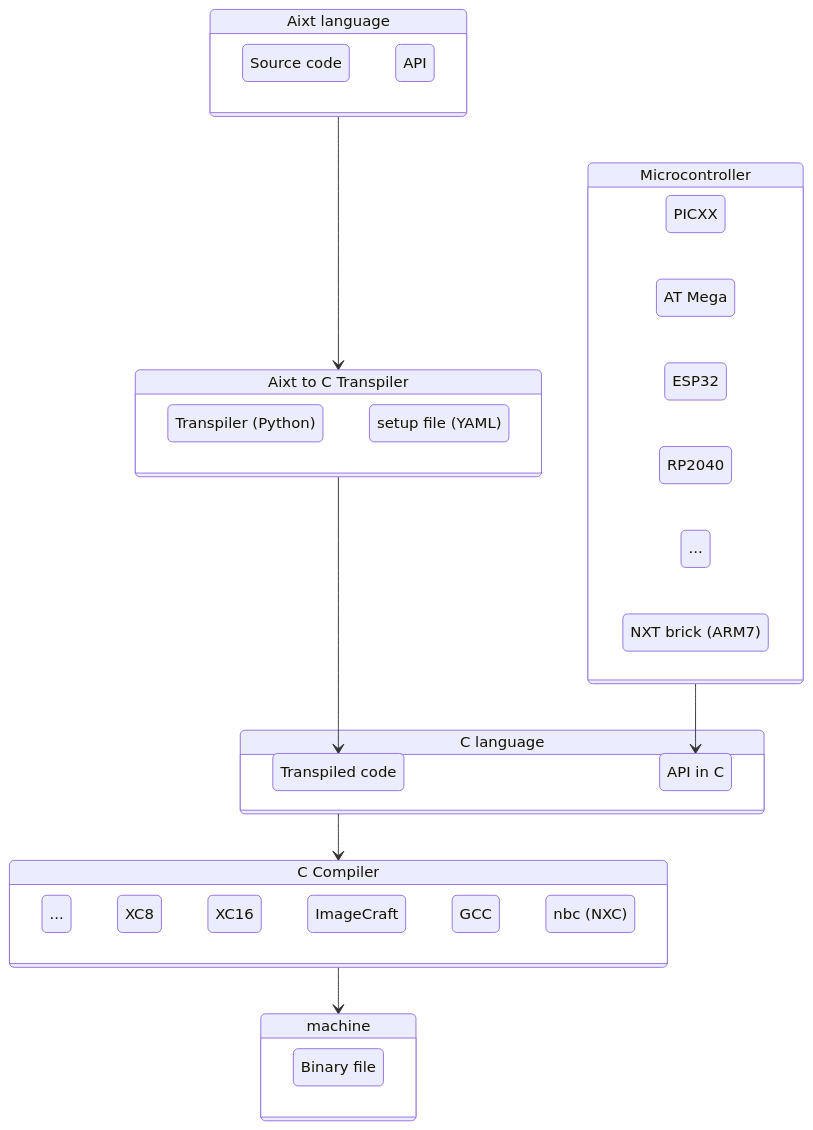
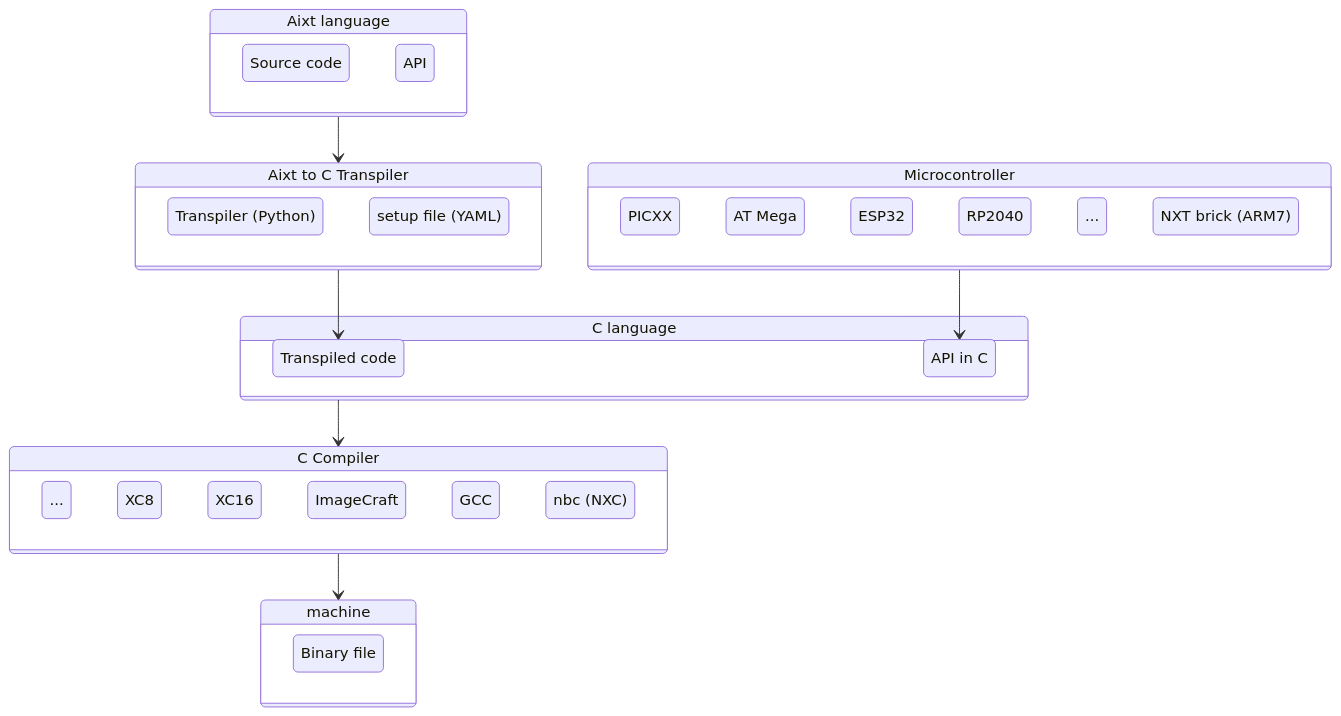
One commit to fermarsan/aixt changed the diagram in README.md. Above: the diagram before and after it, drawn with Mermaid.

Commit message:
diagram update (horizontal)

````diff
--- a/README.md
+++ b/README.md
@@ -9,56 +9,55 @@
 ```mermaid
 stateDiagram-v2
 
     Aixt: Aixt language
     state Aixt {
         source: Source code
         API
     }
 
     Aixt2C: Aixt to C Transpiler
     state Aixt2C {
         Transpiler: Transpiler (Python)
         setup: setup file (YAML)
     }
 
     C: C language
     state C {
         Tr_Code: Transpiled code
         API_C: API in C
     }
 
     state Microcontroller {
-        direction RL
         PICs: PICXX
         ATM: AT Mega
         ESP32
         RP2040
         others2: ...
         NXT: NXT brick (ARM7) 
     }
 
     C_Compiler: C Compiler
     state C_Compiler {
         others: ...
         XC8  
         XC16 
         ImageCraft
         GCC  
         others 
         nbc: nbc (NXC) 
     }
     
     machine
     state machine {
         BF: Binary file
     }
     
     Aixt    --> Aixt2C 
     Aixt2C  --> Tr_Code
 
     C       --> C_Compiler
 
     C_Compiler  --> machine
 
     Microcontroller --> API_C
 ```
````
